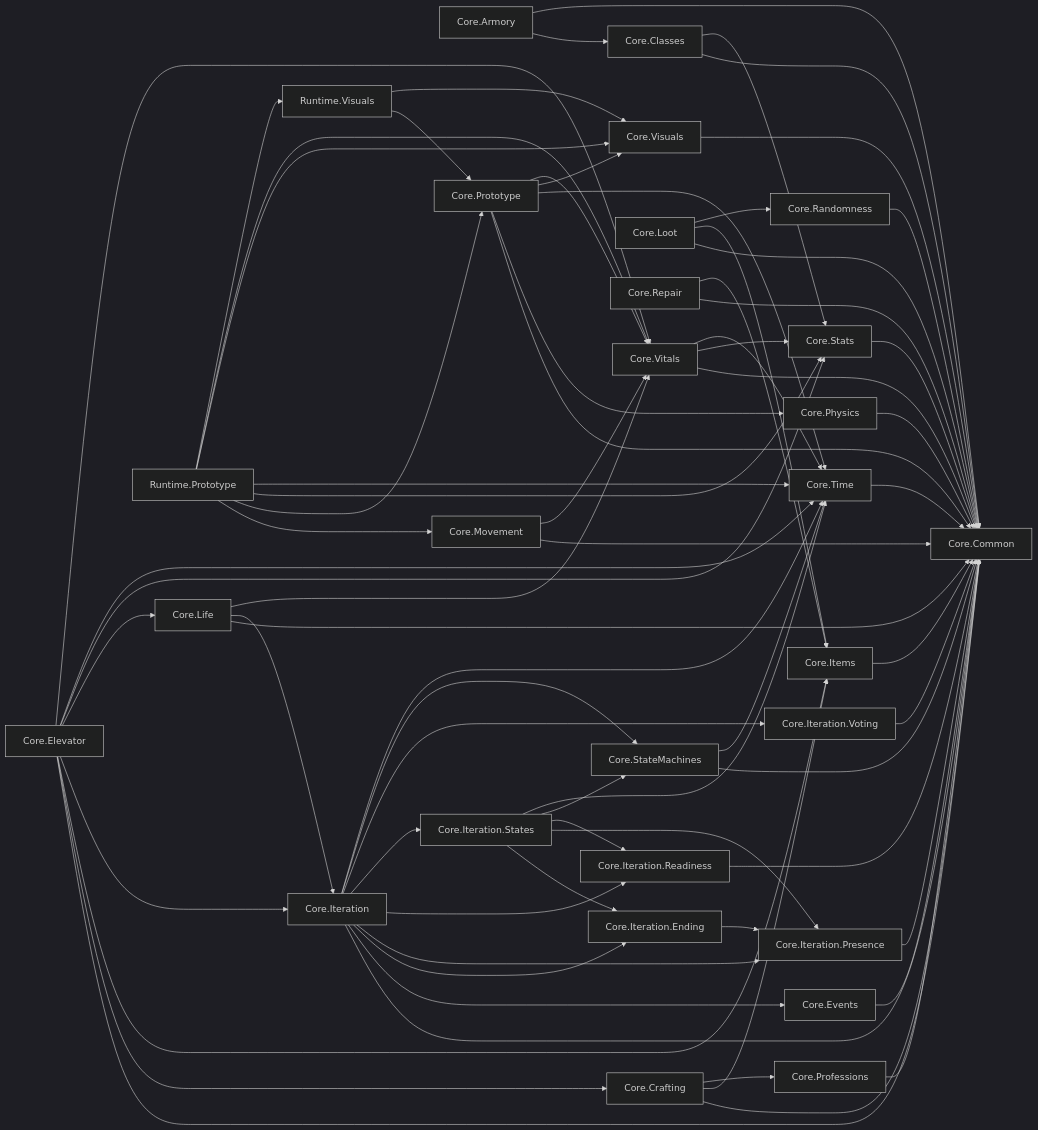
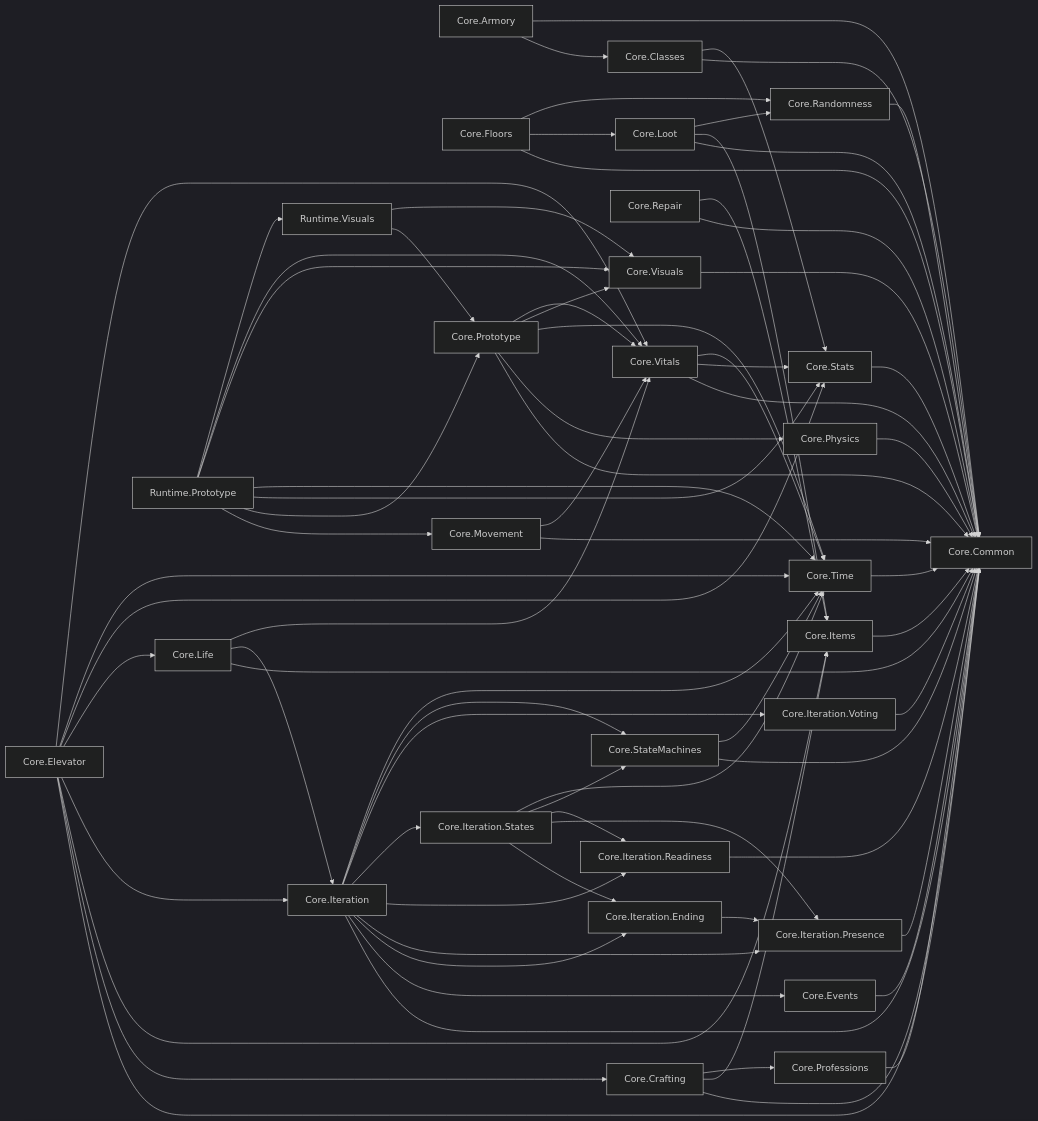
One commit to LazaroPol/Acensor changed the diagram in docs/arquitectura/MODULOS.md. Above: the diagram before and after it, drawn with Mermaid (dark theme). The commit also changed other lines of this file and 17 other files, not shown here.

````diff
--- a/docs/arquitectura/MODULOS.md
+++ b/docs/arquitectura/MODULOS.md
@@ -40,58 +41,60 @@
 ```mermaid
 flowchart LR
   n0["Core.Armory"]
   n1["Core.Classes"]
   n2["Core.Common"]
   n3["Core.Crafting"]
   n4["Core.Elevator"]
   n5["Core.Events"]
-  n6["Core.Items"]
-  n7["Core.Iteration"]
-  n8["Core.Iteration.Ending"]
-  n9["Core.Iteration.Presence"]
-  n10["Core.Iteration.Readiness"]
-  n11["Core.Iteration.States"]
-  n12["Core.Iteration.Voting"]
-  n13["Core.Life"]
-  n14["Core.Loot"]
-  n15["Core.Movement"]
-  n16["Core.Physics"]
-  n17["Core.Professions"]
-  n18["Core.Prototype"]
-  n19["Core.Randomness"]
-  n20["Core.Repair"]
-  n21["Core.StateMachines"]
-  n22["Core.Stats"]
-  n23["Core.Time"]
-  n24["Core.Visuals"]
-  n25["Core.Vitals"]
-  n26["Runtime.Prototype"]
-  n27["Runtime.Visuals"]
+  n6["Core.Floors"]
+  n7["Core.Items"]
+  n8["Core.Iteration"]
+  n9["Core.Iteration.Ending"]
+  n10["Core.Iteration.Presence"]
+  n11["Core.Iteration.Readiness"]
+  n12["Core.Iteration.States"]
+  n13["Core.Iteration.Voting"]
+  n14["Core.Life"]
+  n15["Core.Loot"]
+  n16["Core.Movement"]
+  n17["Core.Physics"]
+  n18["Core.Professions"]
+  n19["Core.Prototype"]
+  n20["Core.Randomness"]
+  n21["Core.Repair"]
+  n22["Core.StateMachines"]
+  n23["Core.Stats"]
+  n24["Core.Time"]
+  n25["Core.Visuals"]
+  n26["Core.Vitals"]
+  n27["Runtime.Prototype"]
+  n28["Runtime.Visuals"]
   n0 --> n1 & n2
-  n1 --> n2 & n22
-  n3 --> n2 & n6 & n17
-  n4 --> n2 & n3 & n6 & n7 & n13 & n22 & n23 & n25
+  n1 --> n2 & n23
+  n3 --> n2 & n7 & n18
+  n4 --> n2 & n3 & n7 & n8 & n14 & n23 & n24 & n26
   n5 --> n2
-  n6 --> n2
-  n7 --> n2 & n5 & n8 & n9 & n10 & n11 & n12 & n21 & n23
-  n8 --> n9
-  n9 --> n2
+  n6 --> n2 & n15 & n20
+  n7 --> n2
+  n8 --> n2 & n5 & n9 & n10 & n11 & n12 & n13 & n22 & n24
+  n9 --> n10
   n10 --> n2
-  n11 --> n8 & n9 & n10 & n21 & n23
-  n12 --> n2
-  n13 --> n2 & n7 & n25
-  n14 --> n2 & n6 & n19
-  n15 --> n2 & n25
-  n16 --> n2
+  n11 --> n2
+  n12 --> n9 & n10 & n11 & n22 & n24
+  n13 --> n2
+  n14 --> n2 & n8 & n26
+  n15 --> n2 & n7 & n20
+  n16 --> n2 & n26
   n17 --> n2
-  n18 --> n2 & n16 & n23 & n24 & n25
-  n19 --> n2
-  n20 --> n2 & n6
-  n21 --> n2 & n23
-  n22 --> n2
+  n18 --> n2
+  n19 --> n2 & n17 & n24 & n25 & n26
+  n20 --> n2
+  n21 --> n2 & n7
+  n22 --> n2 & n24
   n23 --> n2
   n24 --> n2
-  n25 --> n2 & n22 & n23
-  n26 --> n15 & n18 & n22 & n23 & n24 & n25 & n27
-  n27 --> n18 & n24
+  n25 --> n2
+  n26 --> n2 & n23 & n24
+  n27 --> n16 & n19 & n23 & n24 & n25 & n26 & n28
+  n28 --> n19 & n25
 ```
````
